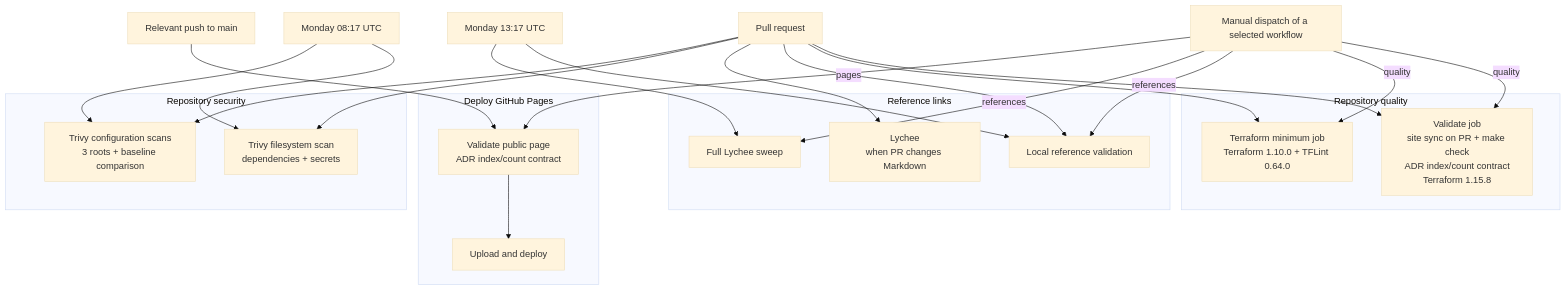
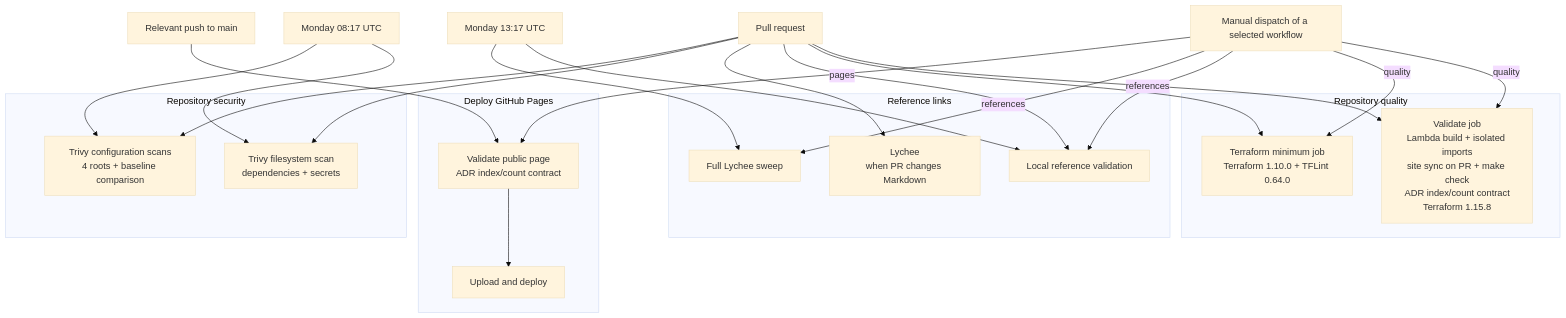
Before and after one commit to lilabrooks/aws-public-change-feed: the diagram in docs/repository-file-checks.md, drawn with Mermaid (base theme). The commit also changed other lines of this file and 7 other files, not shown here.

First line of the commit message:
Cover all Terraform roots in security CI and refresh check documentation (#218)

````diff
--- a/docs/repository-file-checks.md
+++ b/docs/repository-file-checks.md
@@ -173,49 +189,49 @@
 ```mermaid
 flowchart TD
     pull_request[Pull request]
     manual[Manual dispatch of a selected workflow]
     security_schedule[Monday 08:17 UTC]
     reference_schedule[Monday 13:17 UTC]
     main_push[Relevant push to main]
 
     subgraph quality[Repository quality]
-        quality_validate[Validate job<br/>site sync on PR + make check<br/>ADR index/count contract<br/>Terraform 1.15.8]
+        quality_validate[Validate job<br/>Lambda build + isolated imports<br/>site sync on PR + make check<br/>ADR index/count contract<br/>Terraform 1.15.8]
         quality_minimum[Terraform minimum job<br/>Terraform 1.10.0 + TFLint 0.64.0]
     end
 
     subgraph references[Reference links]
         reference_local[Local reference validation]
         reference_pr[Lychee<br/>when PR changes Markdown]
         reference_online[Full Lychee sweep]
     end
 
     subgraph security[Repository security]
         security_files[Trivy filesystem scan<br/>dependencies + secrets]
-        security_terraform[Trivy configuration scans<br/>3 roots + baseline comparison]
+        security_terraform[Trivy configuration scans<br/>4 roots + baseline comparison]
     end
 
     subgraph pages[Deploy GitHub Pages]
         pages_validate[Validate public page<br/>ADR index/count contract]
         pages_deploy[Upload and deploy]
         pages_validate --> pages_deploy
     end
 
     pull_request --> quality_validate
     pull_request --> quality_minimum
     pull_request --> reference_local
     pull_request --> reference_pr
     pull_request --> security_files
     pull_request --> security_terraform
 
     manual -->|quality| quality_validate
     manual -->|quality| quality_minimum
     manual -->|references| reference_local
     manual -->|references| reference_online
     manual -->|pages| pages_validate
 
     security_schedule --> security_files
     security_schedule --> security_terraform
     reference_schedule --> reference_local
     reference_schedule --> reference_online
     main_push --> pages_validate
 ```
````
